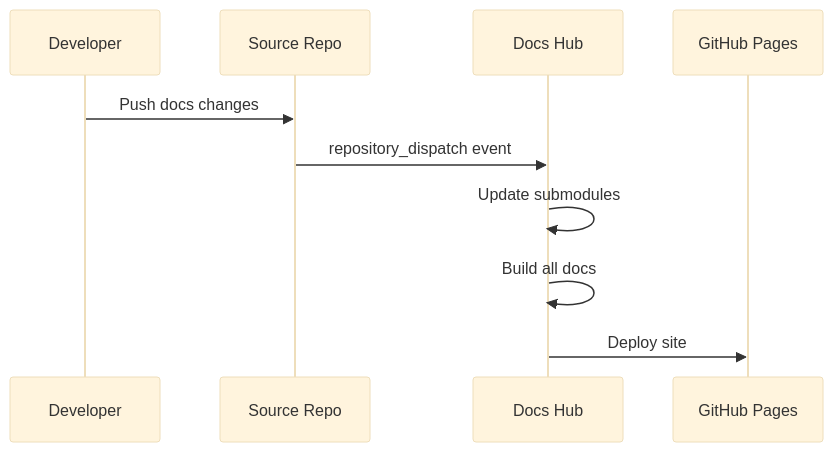
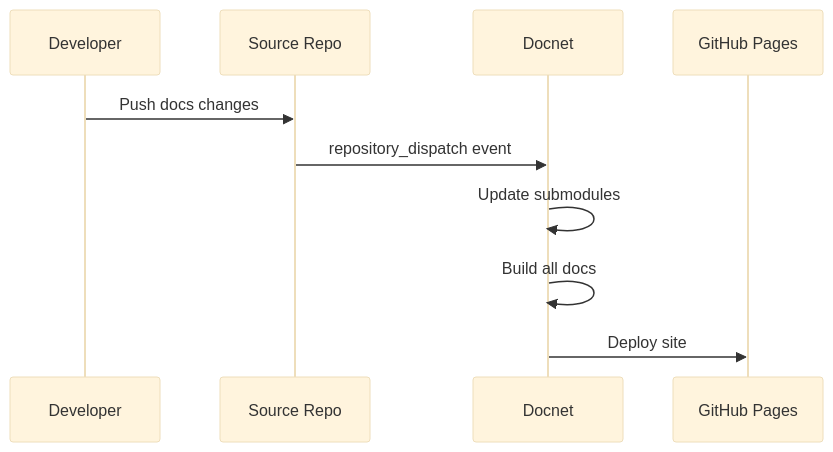
One commit to fiddeb/docnet changed the diagram in README.md. Above: the diagram before and after it, drawn with Mermaid (base theme). The commit also changed other lines of this file and 4 other files, not shown here.

````diff
--- a/README.md
+++ b/README.md
@@ -77,13 +77,13 @@
 ```mermaid
 sequenceDiagram
     participant Dev as Developer
     participant Source as Source Repo
-    participant Hub as Docs Hub
+    participant Hub as Docnet
     participant Pages as GitHub Pages
 
     Dev->>Source: Push docs changes
     Source->>Hub: repository_dispatch event
     Hub->>Hub: Update submodules
     Hub->>Hub: Build all docs
     Hub->>Pages: Deploy site
 ```
````
